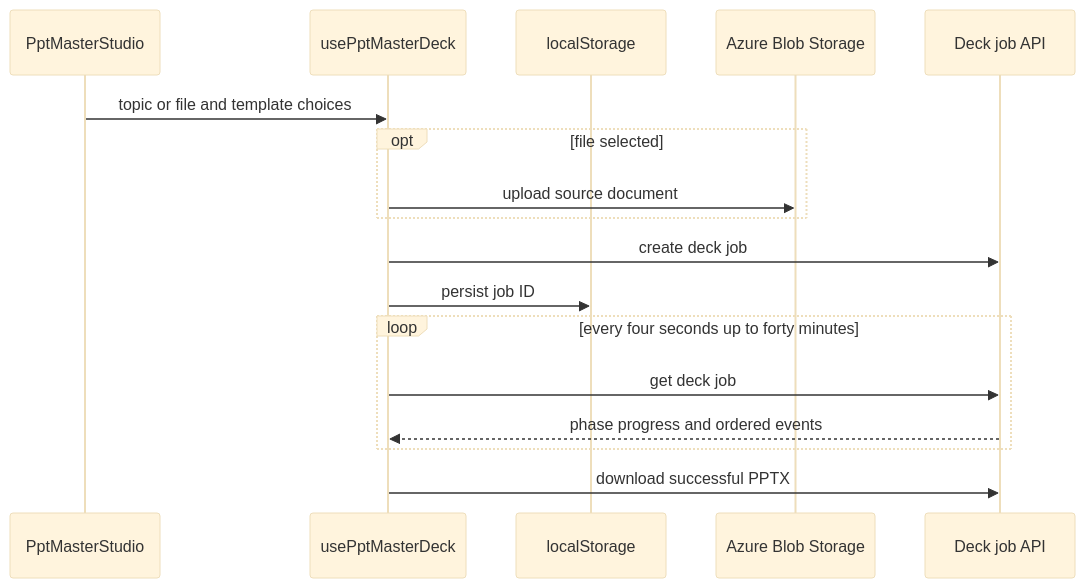
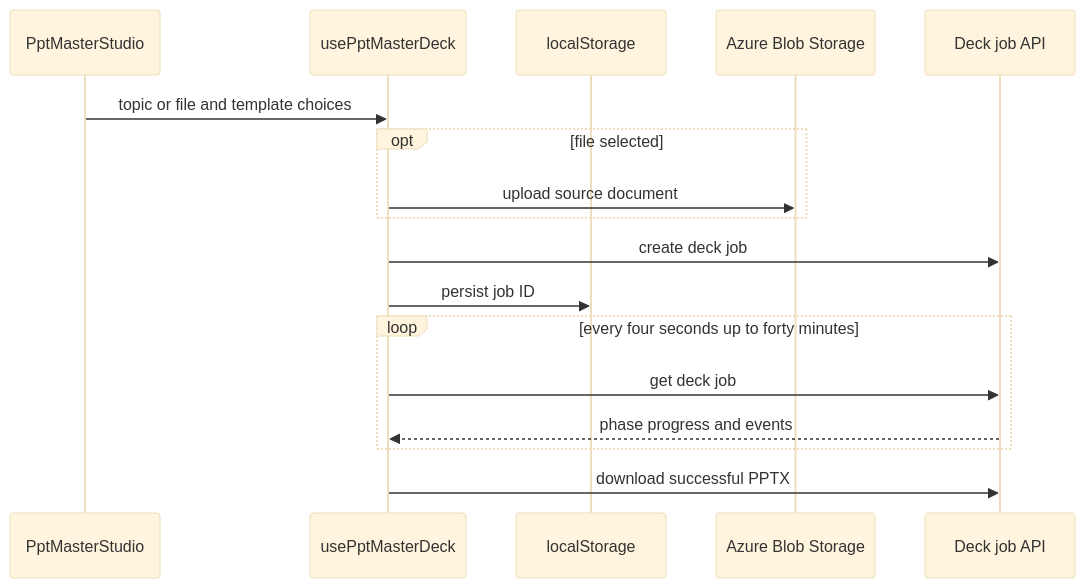
The second of 2 diagrams in openwiki/frontend/create-workflows.md (tony30552001/Genpic-master), drawn with Mermaid (base theme) before and after one commit. The commit also changed other lines of this file and 34 other files, not shown here.

````diff
--- a/openwiki/frontend/create-workflows.md
+++ b/openwiki/frontend/create-workflows.md
@@ -120,19 +72,19 @@
 ```mermaid
 sequenceDiagram
   participant Studio as PptMasterStudio
   participant Hook as usePptMasterDeck
   participant Store as localStorage
   participant Blob as Azure Blob Storage
   participant Api as Deck job API
   Studio->>Hook: topic or file and template choices
   opt file selected
     Hook->>Blob: upload source document
   end
   Hook->>Api: create deck job
   Hook->>Store: persist job ID
   loop every four seconds up to forty minutes
     Hook->>Api: get deck job
-    Api-->>Hook: phase progress and ordered events
+    Api-->>Hook: phase progress and events
   end
   Hook->>Api: download successful PPTX
 ```
````
